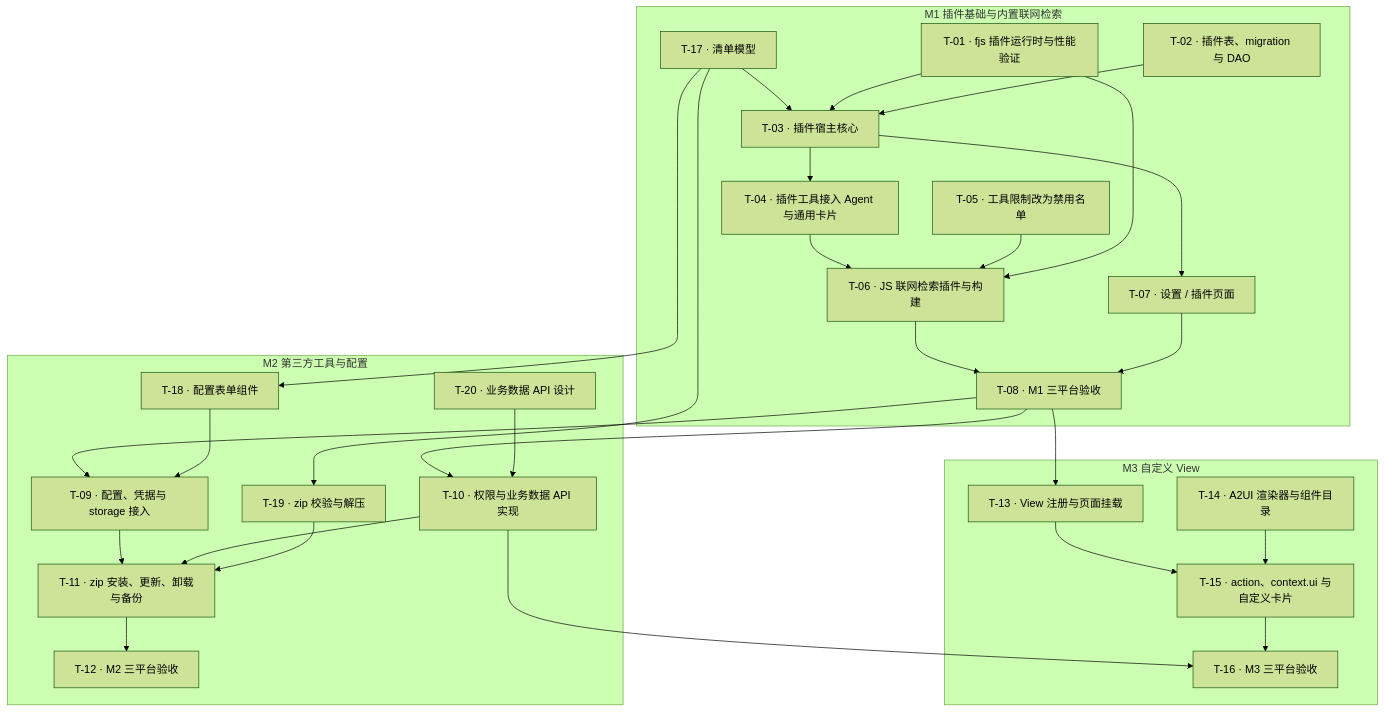
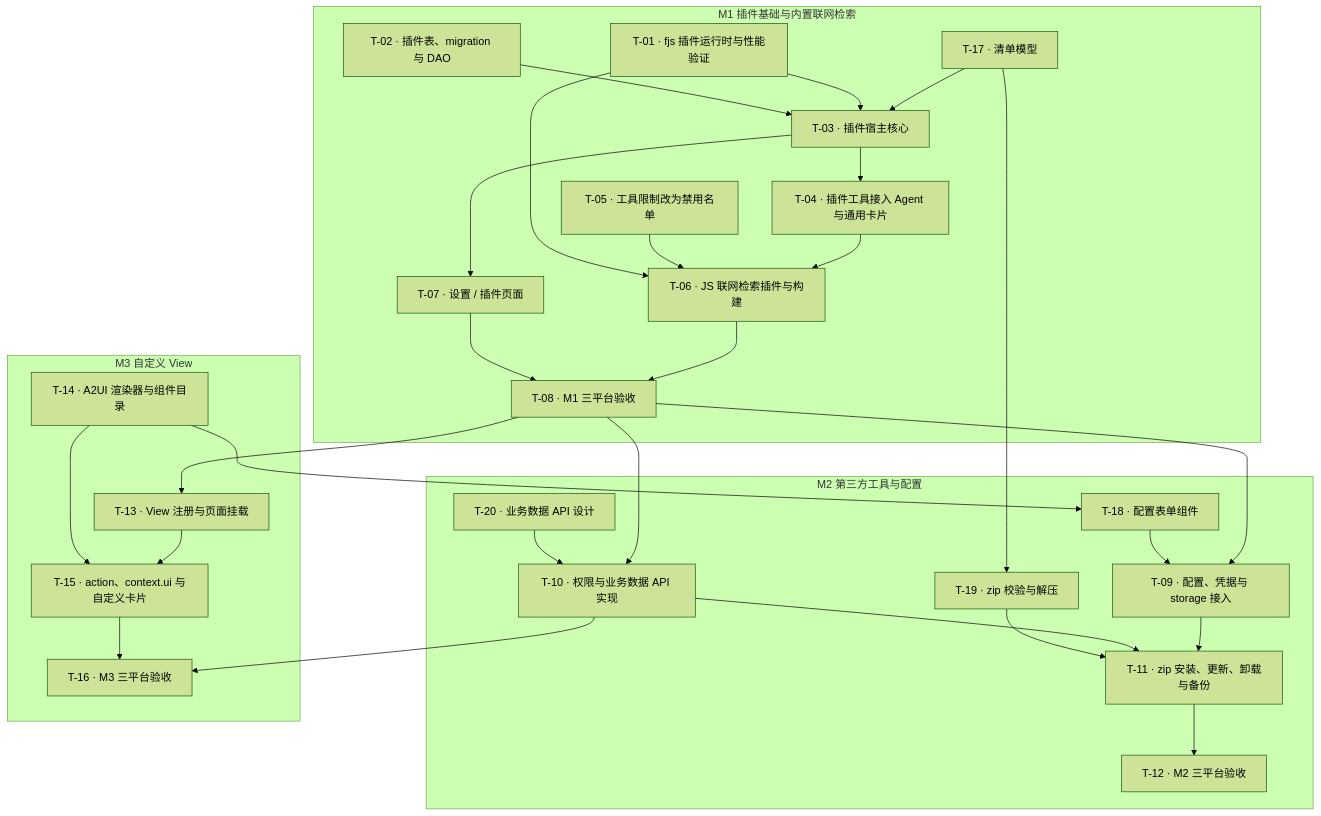
Before and after one commit to Leviathangk/reveric: the diagram in docs/solutions/plugin-system/README.md, drawn with Mermaid (forest theme). The commit also changed other lines of this file and 107 other files, not shown here.

````diff
--- a/docs/solutions/plugin-system/README.md
+++ b/docs/solutions/plugin-system/README.md
@@ -195,55 +195,55 @@
 ```mermaid
 flowchart TD
     subgraph M1["M1 插件基础与内置联网检索"]
         T17["T-17 · 清单模型"]
         T01["T-01 · fjs 插件运行时与性能验证"]
         T02["T-02 · 插件表、migration 与 DAO"]
         T03["T-03 · 插件宿主核心"]
         T04["T-04 · 插件工具接入 Agent 与通用卡片"]
         T05["T-05 · 工具限制改为禁用名单"]
         T06["T-06 · JS 联网检索插件与构建"]
         T07["T-07 · 设置 / 插件页面"]
         T08["T-08 · M1 三平台验收"]
     end
     subgraph M2["M2 第三方工具与配置"]
         T18["T-18 · 配置表单组件"]
         T19["T-19 · zip 校验与解压"]
         T20["T-20 · 业务数据 API 设计"]
         T09["T-09 · 配置、凭据与 storage 接入"]
         T10["T-10 · 权限与业务数据 API 实现"]
         T11["T-11 · zip 安装、更新、卸载与备份"]
         T12["T-12 · M2 三平台验收"]
     end
     subgraph M3["M3 自定义 View"]
         T14["T-14 · A2UI 渲染器与组件目录"]
         T13["T-13 · View 注册与页面挂载"]
         T15["T-15 · action、context.ui 与自定义卡片"]
         T16["T-16 · M3 三平台验收"]
     end
 
     T17 --> T03
     T01 --> T03
     T02 --> T03
     T03 --> T04
     T04 --> T06
     T05 --> T06
     T01 --> T06
     T03 --> T07
     T06 --> T08
     T07 --> T08
-    T17 --> T18
+    T14 --> T18
     T17 --> T19
     T08 --> T09
     T18 --> T09
     T08 --> T10
     T20 --> T10
     T09 --> T11
     T10 --> T11
     T19 --> T11
     T11 --> T12
     T08 --> T13
     T13 --> T15
     T14 --> T15
     T10 --> T16
     T15 --> T16
 ```
````
